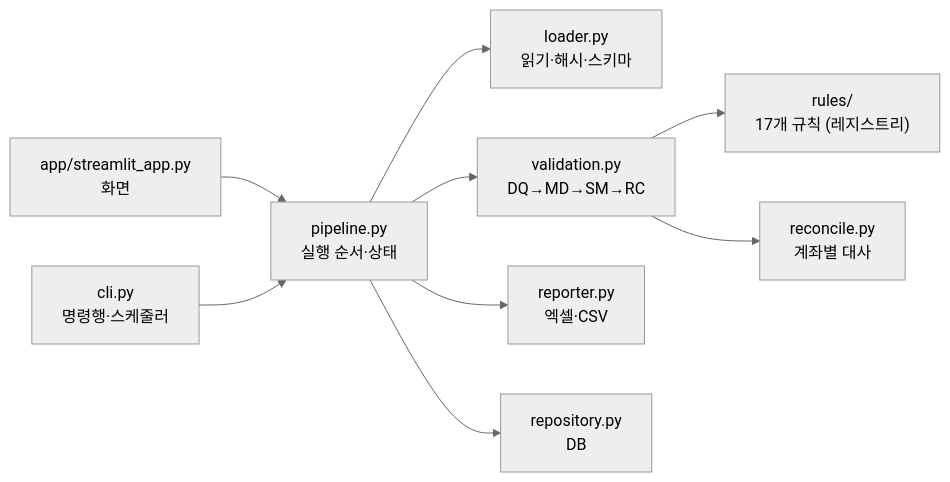
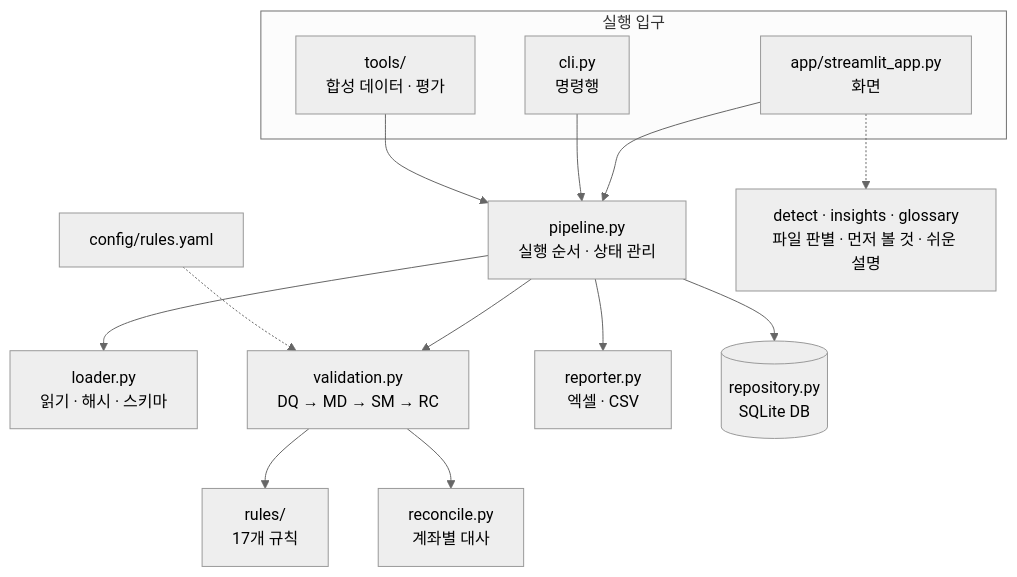
One commit to juhyunit/Contistency-Validation changed the fourth of 4 diagrams in README.md. Above: the diagram before and after it, drawn with Mermaid (neutral theme). The commit also changed other lines of this file and 2 other files, not shown here.

````diff
--- a/README.md
+++ b/README.md
@@ -90,11 +218,19 @@
 ```mermaid
-flowchart LR
-    UI["app/streamlit_app.py<br/>화면"] --> P
-    CLI["cli.py<br/>명령행·스케줄러"] --> P
-    P["pipeline.py<br/>실행 순서·상태"] --> L["loader.py<br/>읽기·해시·스키마"]
-    P --> V["validation.py<br/>DQ→MD→SM→RC"]
-    V --> R["rules/<br/>17개 규칙 (레지스트리)"]
-    V --> RC["reconcile.py<br/>계좌별 대사"]
-    P --> RP["reporter.py<br/>엑셀·CSV"]
-    P --> DB["repository.py<br/>DB"]
+flowchart TB
+    subgraph ENTRY["실행 입구"]
+        UI["app/streamlit_app.py<br/>화면"]
+        CLI["cli.py<br/>명령행"]
+        TOOLS["tools/<br/>합성 데이터 · 평가"]
+    end
+    UI --> P
+    CLI --> P
+    TOOLS --> P
+    P["pipeline.py<br/>실행 순서 · 상태 관리"] --> L["loader.py<br/>읽기 · 해시 · 스키마"]
+    P --> V["validation.py<br/>DQ → MD → SM → RC"]
+    V --> R["rules/<br/>17개 규칙"]
+    V --> RE["reconcile.py<br/>계좌별 대사"]
+    P --> RP["reporter.py<br/>엑셀 · CSV"]
+    P --> DB[("repository.py<br/>SQLite DB")]
+    CFG["config/rules.yaml"] -.-> V
+    UI -.-> H["detect · insights · glossary<br/>파일 판별 · 먼저 볼 것 · 쉬운 설명"]
 ```
````
